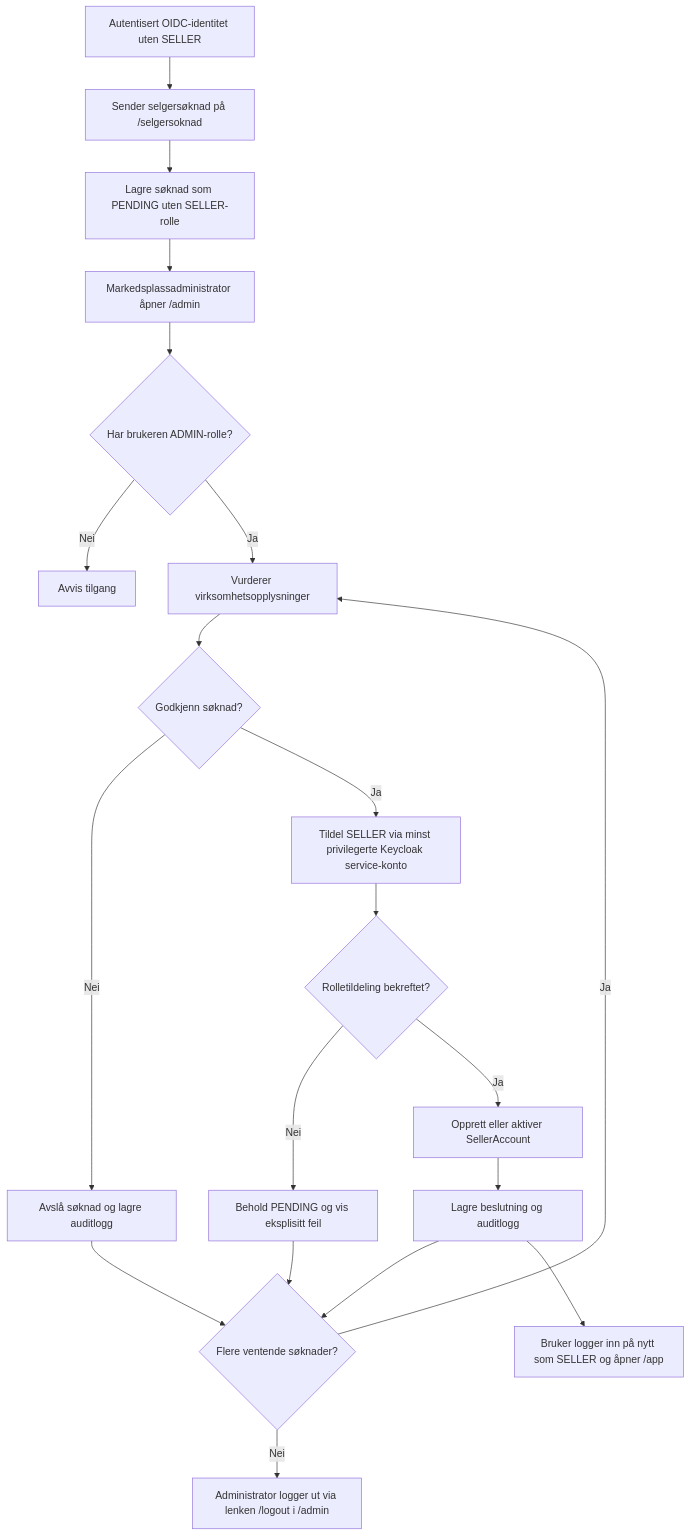
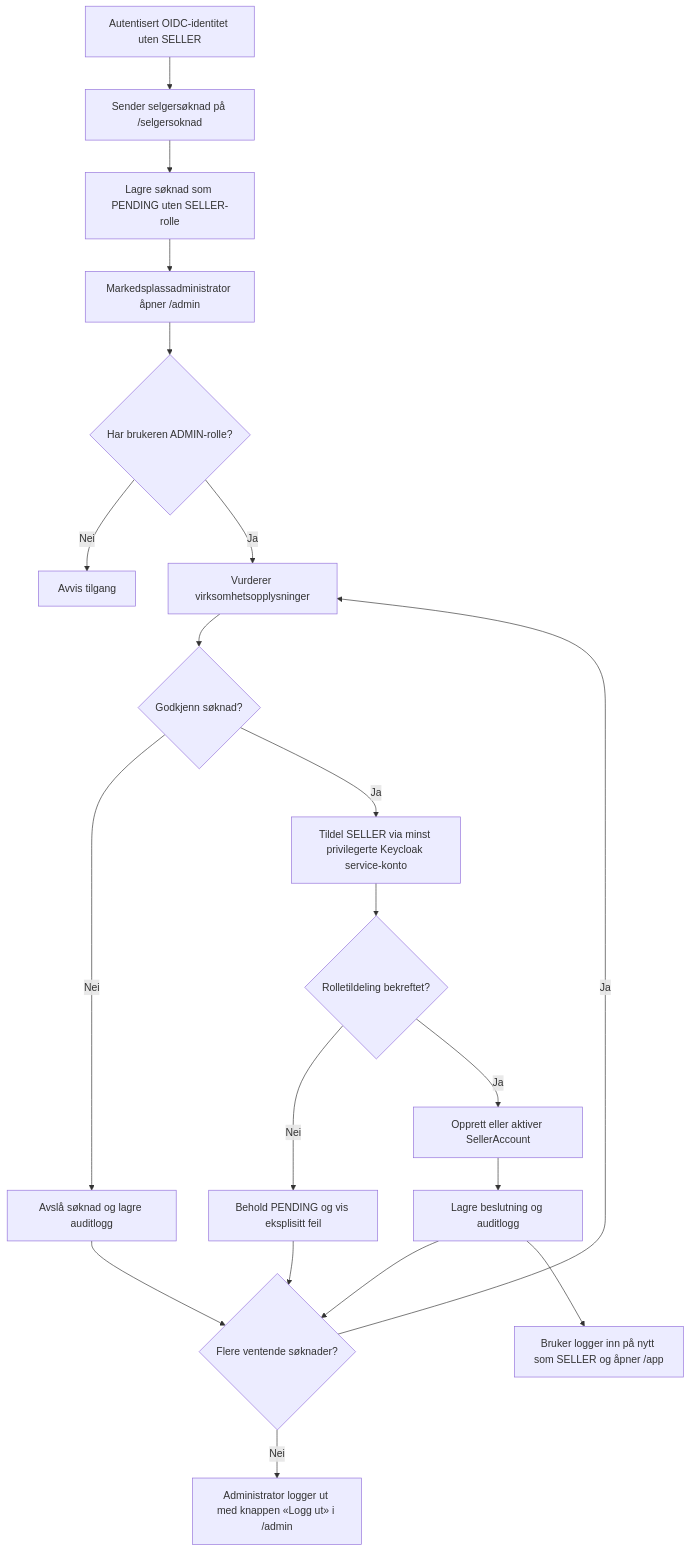
One commit to vardaasen/prosjekt changed the diagram in docs/userflows/diagrams/07-admin-approves-seller-application.mmd. Above: the diagram before and after it, drawn with Mermaid. The commit also changed 10 other files, not shown here.

```diff
--- a/docs/userflows/diagrams/07-admin-approves-seller-application.mmd
+++ b/docs/userflows/diagrams/07-admin-approves-seller-application.mmd
@@ -1,20 +1,20 @@
 flowchart TD
     A[Autentisert OIDC-identitet uten SELLER] --> C[Sender selgersøknad på /selgersoknad]
     C --> D[Lagre søknad som PENDING uten SELLER-rolle]
     D --> E[Markedsplassadministrator åpner /admin]
     E --> F{Har brukeren ADMIN-rolle?}
     F -- Nei --> G[Avvis tilgang]
     F -- Ja --> H[Vurderer virksomhetsopplysninger]
     H --> I{Godkjenn søknad?}
     I -- Nei --> J[Avslå søknad og lagre auditlogg]
     I -- Ja --> K[Tildel SELLER via minst privilegerte Keycloak service-konto]
     K --> L{Rolletildeling bekreftet?}
     L -- Nei --> M[Behold PENDING og vis eksplisitt feil]
     L -- Ja --> N[Opprett eller aktiver SellerAccount]
     N --> O[Lagre beslutning og auditlogg]
     J --> Q{Flere ventende søknader?}
     O --> Q
     M --> Q
     Q -- Ja --> H
-    Q -- Nei --> R[Administrator logger ut via lenken /logout i /admin]
+    Q -- Nei --> R[Administrator logger ut med knappen «Logg ut» i /admin]
     O --> P[Bruker logger inn på nytt som SELLER og åpner /app]
```
